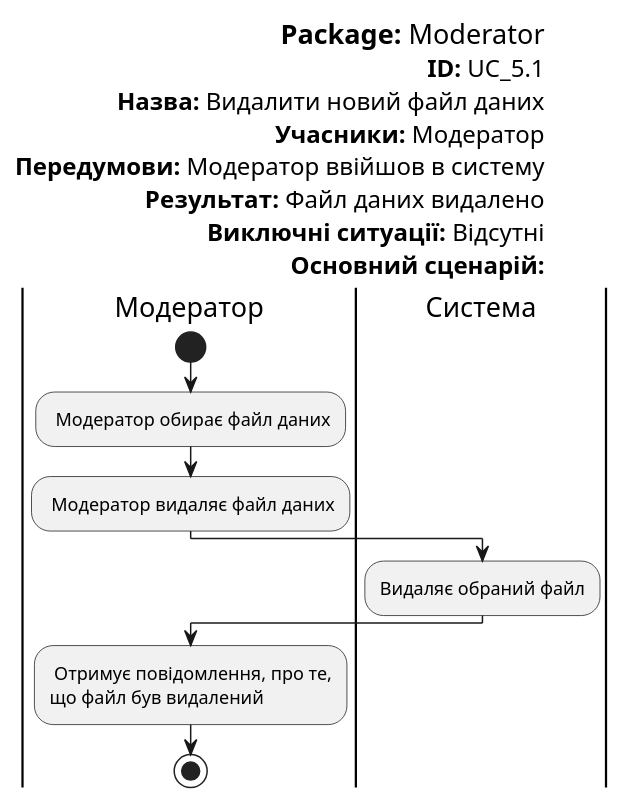
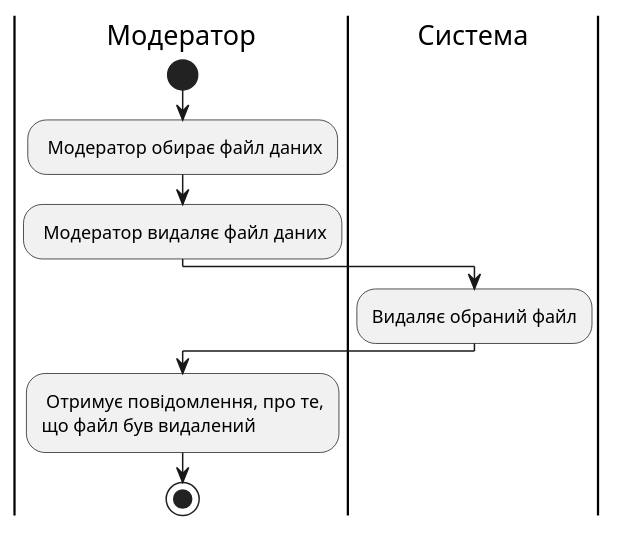
One commit to KarmazinN/db_open_data changed the diagram in src/uml/UC_5.1.puml. Above: the diagram before and after it, drawn with PlantUML.

```diff
--- a/src/uml/UC_5.1.puml
+++ b/src/uml/UC_5.1.puml
@@ -1,34 +1,24 @@
 @startuml EditAction
 
-left header
-<font color=000 size=18><b>Package:</b> Moderator
-<font color=000 size=16><b>ID:</b> UC_5.1
-<font color=000 size=16><b>Назва:</b> Видалити новий файл даних 
-<font color=000 size=16><b>Учасники:</b> Модератор
-<font color=000 size=16><b>Передумови:</b> Модератор ввійшов в систему
-<font color=000 size=16><b>Результат:</b> Файл даних видалено
-<font color=000 size=16><b>Виключні ситуації:</b> Відсутні
-<font color=000 size=16><b>Основний сценарій:</b>
-end header
 
 skinparam	shadowing false
 skinparam Note {
 	BackgroundColor #f85658
 	FontColor #ffffff
 }
 
 
 |Модератор|
 start
 : Модератор обирає файл даних;
 : Модератор видаляє файл даних;
 
 |Система|
 :Видаляє обраний файл;
 
 |Модератор|
 : Отримує повідомлення, про те,
 що файл був видалений;
 
 stop;
 @enduml
```
